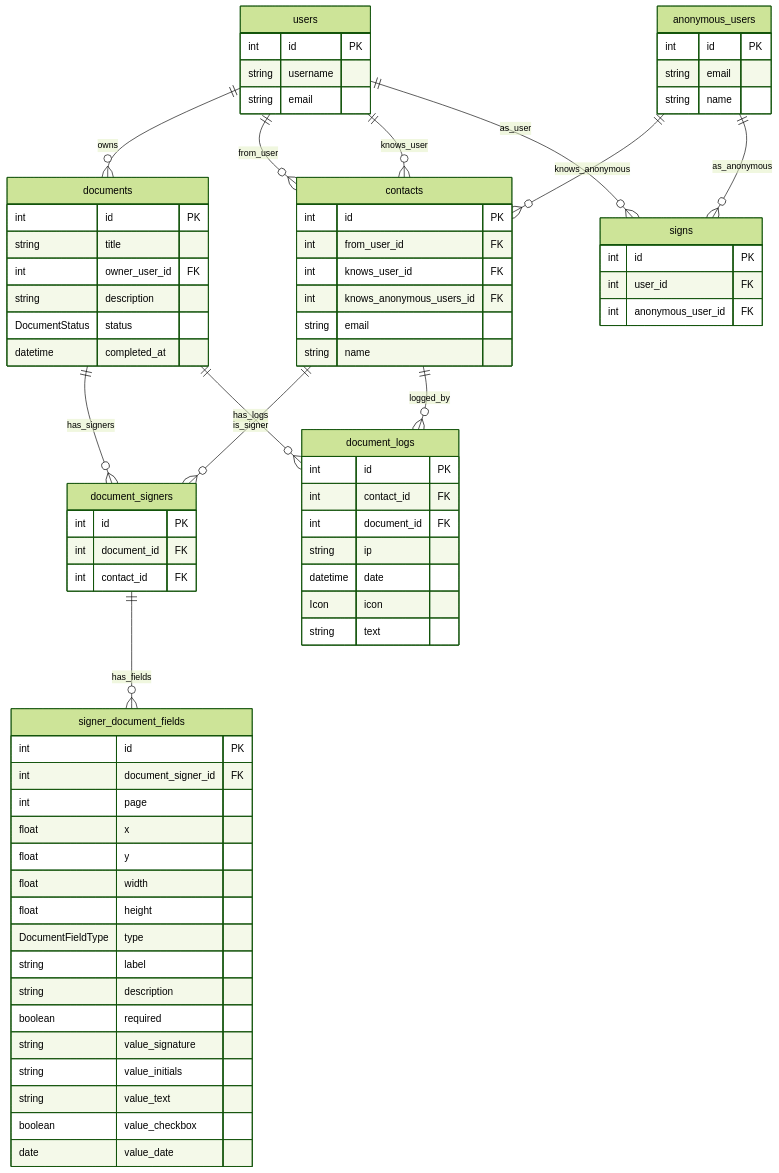
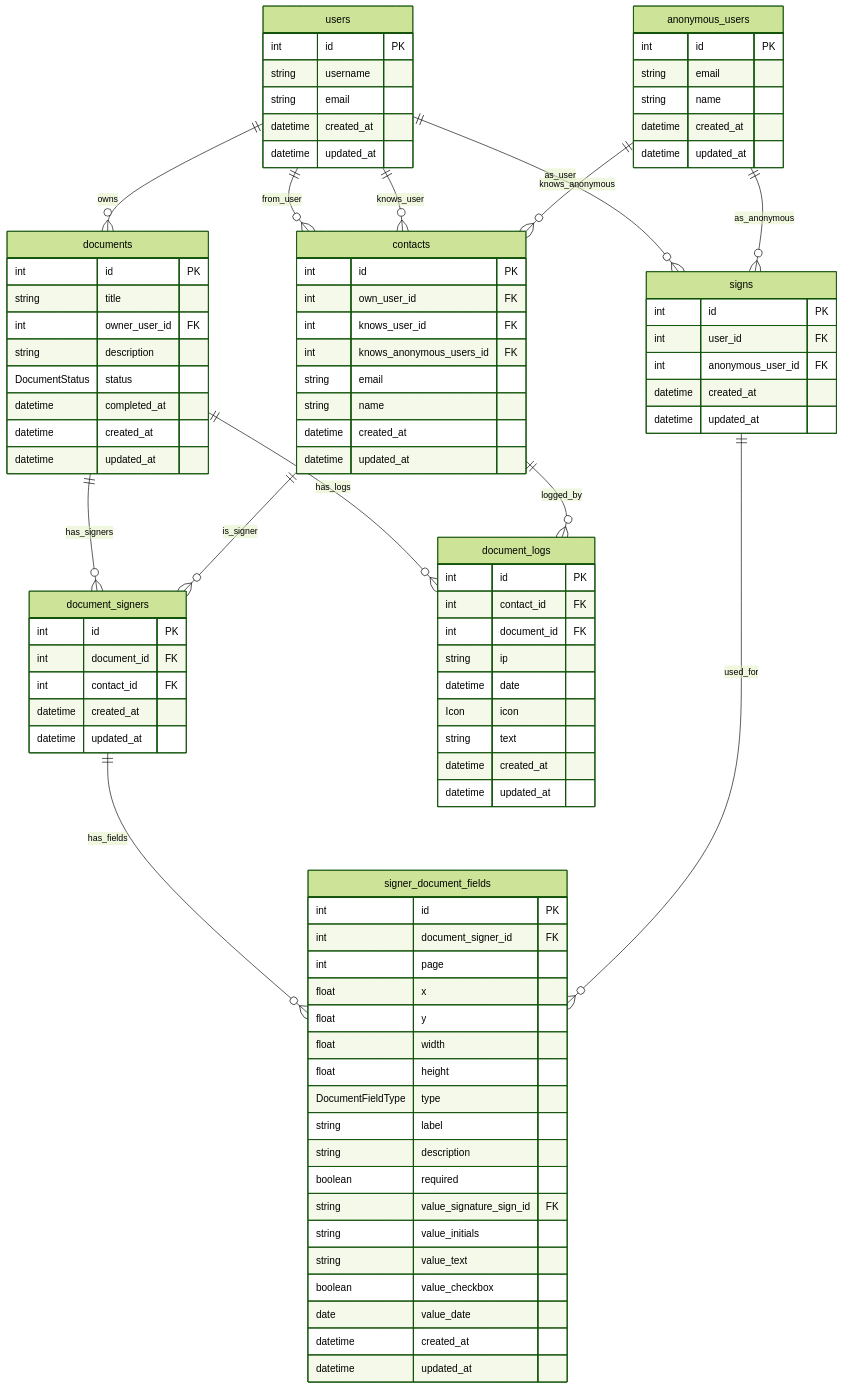
Before and after one commit to Jan-Eckerlein/signit: the first of 2 diagrams in system-design/db-schema.md, drawn with Mermaid (forest theme). The commit also changed 46 other files, not shown here.

````diff
--- a/system-design/db-schema.md
+++ b/system-design/db-schema.md
@@ -4,25 +4,37 @@
         int id PK
         string username
         string email
+        datetime created_at
+        datetime updated_at
     }
+
     anonymous_users {
         int id PK
         string email
         string name
+        datetime created_at
+        datetime updated_at
     }
+
     contacts {
         int id PK
-        int from_user_id FK
+        int own_user_id FK
         int knows_user_id FK
         int knows_anonymous_users_id FK
         string email
         string name
+        datetime created_at
+        datetime updated_at
     }
+
     signs {
         int id PK
         int user_id FK
         int anonymous_user_id FK
+        datetime created_at
+        datetime updated_at
     }
+
     documents {
         int id PK
         string title
@@ -30,12 +42,18 @@
         string description
         DocumentStatus status
         datetime completed_at
+        datetime created_at
+        datetime updated_at
     }
+
     document_signers {
         int id PK
         int document_id FK
         int contact_id FK
+        datetime created_at
+        datetime updated_at
     }
+
     signer_document_fields {
         int id PK
         int document_signer_id FK
@@ -48,12 +66,15 @@
         string label
         string description
         boolean required
-        string value_signature
+        string value_signature_sign_id FK
         string value_initials
         string value_text
         boolean value_checkbox
         date value_date
+        datetime created_at
+        datetime updated_at
     }
+
     document_logs {
         int id PK
         int contact_id FK
@@ -62,6 +83,8 @@
         datetime date
         Icon icon
         string text
+        datetime created_at
+        datetime updated_at
     }
 
     %% Beziehungen
@@ -74,6 +97,7 @@
     documents ||--o{ document_signers        : "has_signers"
     contacts ||--o{ document_signers         : "is_signer"
     document_signers ||--o{ signer_document_fields : "has_fields"
+    signs ||--o{ signer_document_fields : "used_for"
     documents ||--o{ document_logs           : "has_logs"
     contacts ||--o{ document_logs            : "logged_by"
 ```
````
